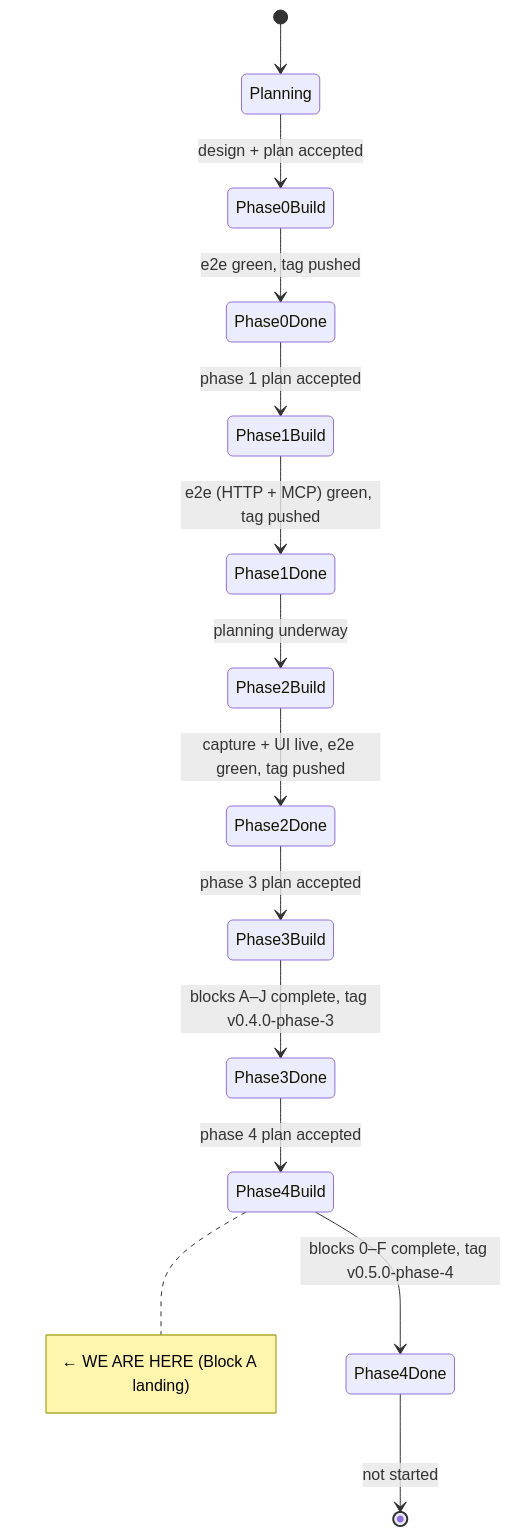
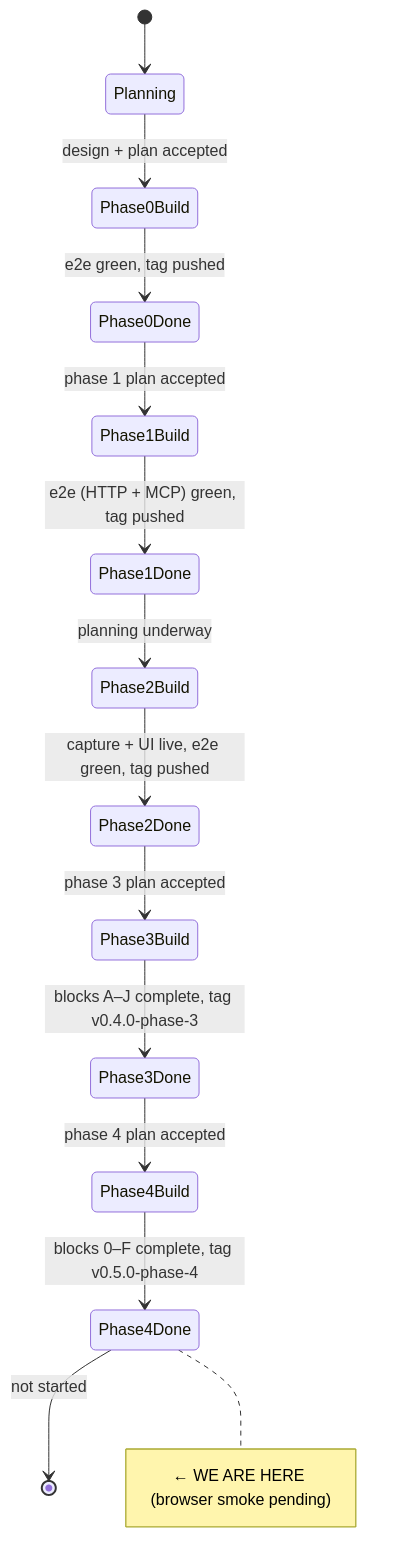
One commit to dataforaction-tom/soundings changed the first of 2 diagrams in STATE.md. Above: the diagram before and after it, drawn with Mermaid. The commit also changed other lines of this file and 1 other file, not shown here.

First line of the commit message:
docs: phase 4 complete — CC loader + 360G/FTC passthrough + find_organisations

````diff
--- a/STATE.md
+++ b/STATE.md
@@ -9,17 +10,17 @@
 ```mermaid
 stateDiagram-v2
     [*] --> Planning
     Planning --> Phase0Build: design + plan accepted
     Phase0Build --> Phase0Done: e2e green, tag pushed
     Phase0Done --> Phase1Build: phase 1 plan accepted
     Phase1Build --> Phase1Done: e2e (HTTP + MCP) green, tag pushed
     Phase1Done --> Phase2Build: planning underway
     Phase2Build --> Phase2Done: capture + UI live, e2e green, tag pushed
     Phase2Done --> Phase3Build: phase 3 plan accepted
     Phase3Build --> Phase3Done: blocks A–J complete, tag v0.4.0-phase-3
     Phase3Done --> Phase4Build: phase 4 plan accepted
     Phase4Build --> Phase4Done: blocks 0–F complete, tag v0.5.0-phase-4
     Phase4Done --> [*]: not started
 
-    note right of Phase4Build: ← WE ARE HERE (Block A landing)
+    note right of Phase4Done: ← WE ARE HERE (browser smoke pending)
 ```
````
